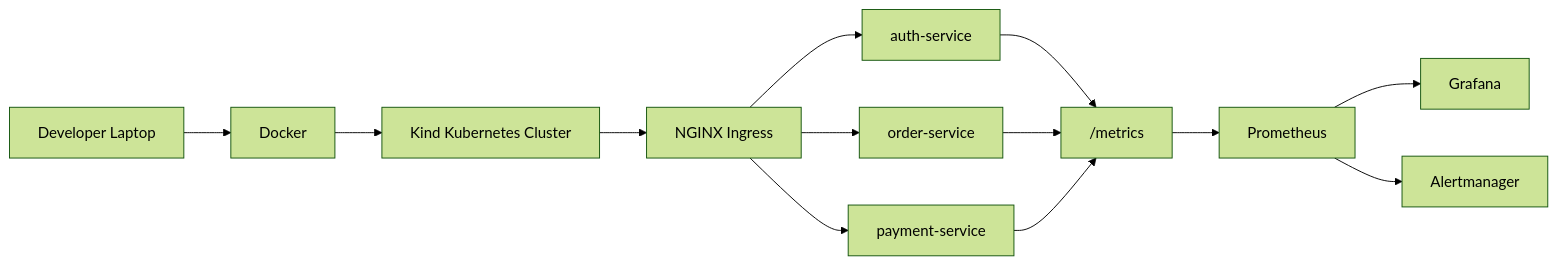
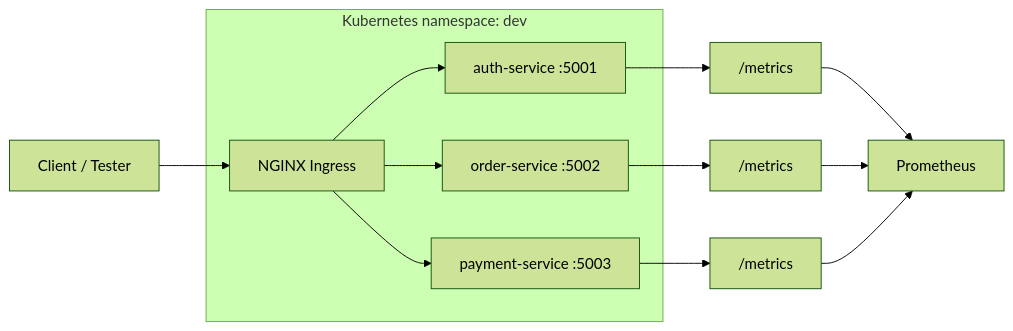
Before and after one commit to AssassinSaurabh/enterprise-devsecops-platform: the second of 9 diagrams in docs/architecture.md, drawn with Mermaid (forest theme). The commit also changed other lines of this file and 8 other files, not shown here.

Commit message:
docs: publish professional platform architecture

````diff
--- a/docs/architecture.md
+++ b/docs/architecture.md
@@ -9,15 +41,18 @@
 ```mermaid
 flowchart LR
-  Dev["Developer Laptop"] --> Docker["Docker"]
-  Docker --> Kind["Kind Kubernetes Cluster"]
-  Kind --> Ingress["NGINX Ingress"]
-  Ingress --> Auth["auth-service"]
-  Ingress --> Order["order-service"]
-  Ingress --> Payment["payment-service"]
-  Auth --> Metrics["/metrics"]
-  Order --> Metrics
-  Payment --> Metrics
-  Metrics --> Prometheus["Prometheus"]
-  Prometheus --> Grafana["Grafana"]
-  Prometheus --> Alertmanager["Alertmanager"]
+  Browser["Client / Tester"] --> Ingress["NGINX Ingress"]
+
+  subgraph DevNamespace["Kubernetes namespace: dev"]
+    Ingress --> Auth["auth-service :5001"]
+    Ingress --> Order["order-service :5002"]
+    Ingress --> Payment["payment-service :5003"]
+  end
+
+  Auth --> AuthMetrics["/metrics"]
+  Order --> OrderMetrics["/metrics"]
+  Payment --> PaymentMetrics["/metrics"]
+
+  AuthMetrics --> Prometheus["Prometheus"]
+  OrderMetrics --> Prometheus
+  PaymentMetrics --> Prometheus
 ```
````
